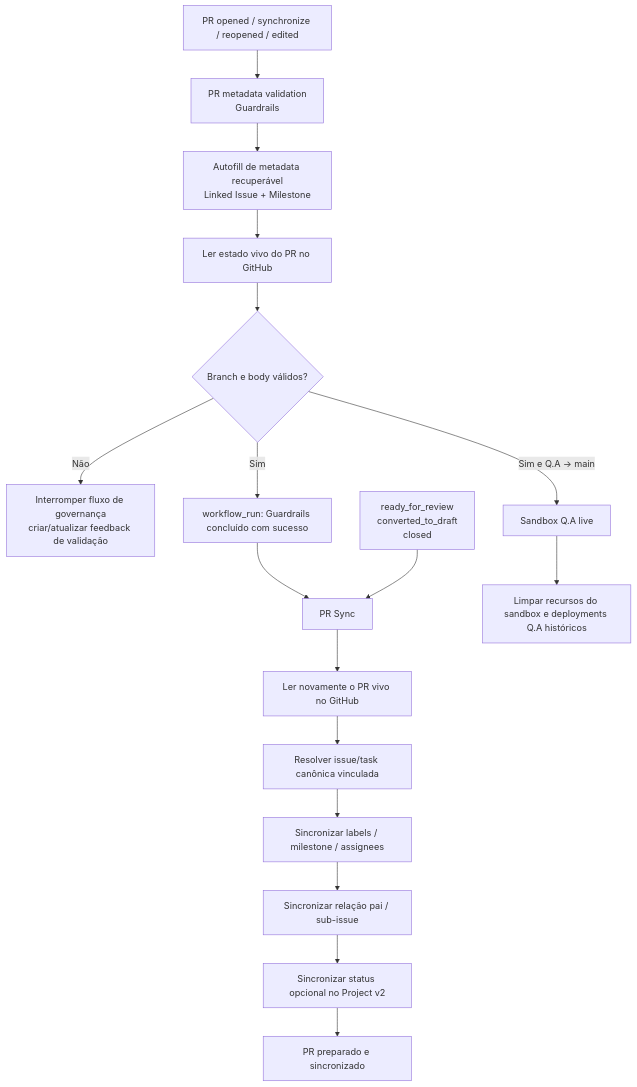
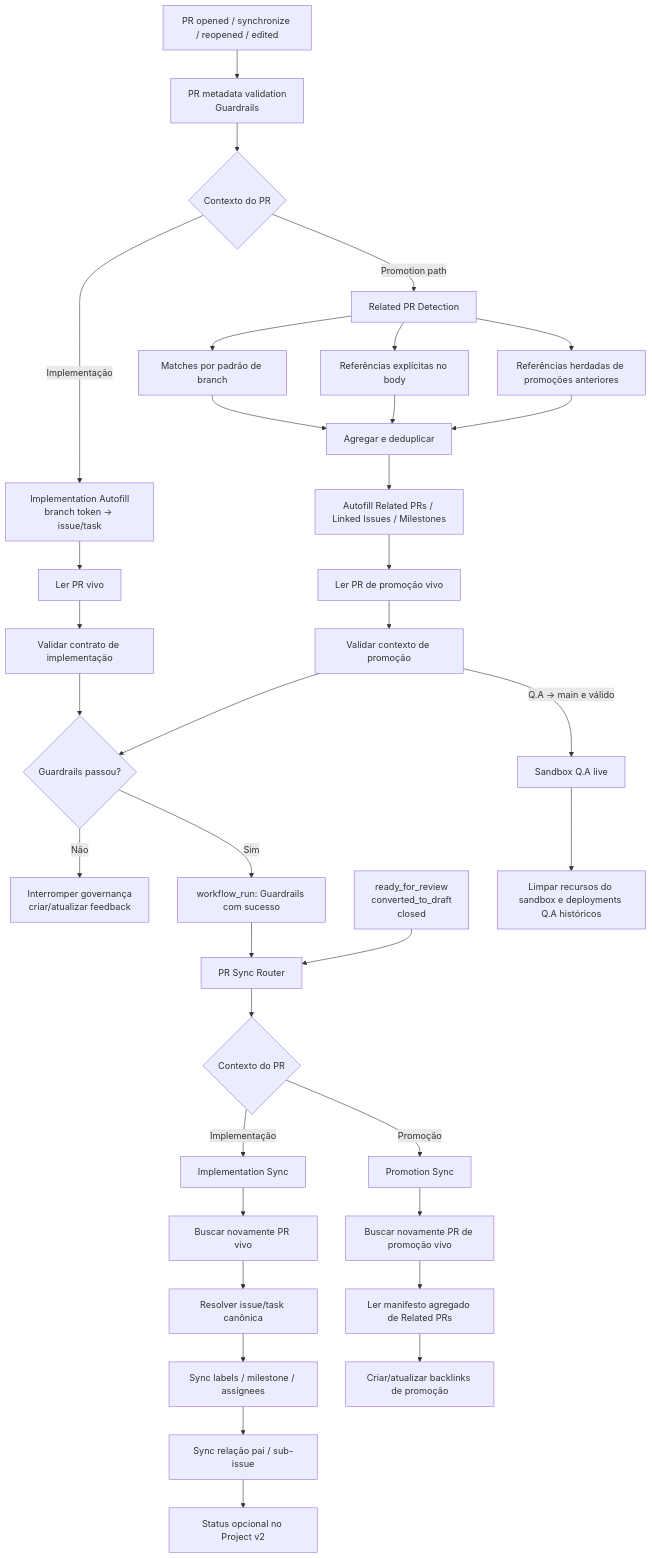
Before and after one commit to v-Kaefer/Github-Project-Automation: the diagram in docs/repo/pr-governance-architecture.pt-BR.md, drawn with Mermaid. The commit also changed other lines of this file, not shown here.

Commit message:
docs: documentar arquitetura de related PRs

````diff
--- a/docs/repo/pr-governance-architecture.pt-BR.md
+++ b/docs/repo/pr-governance-architecture.pt-BR.md
@@ -15,24 +20,46 @@
 ```mermaid
 flowchart TD
     A[PR opened / synchronize / reopened / edited] --> G[PR metadata validation<br/>Guardrails]
 
-    G --> AF[Autofill de metadata recuperável<br/>Linked Issue + Milestone]
-    AF --> LIVE1[Ler estado vivo do PR no GitHub]
-    LIVE1 --> V{Branch e body válidos?}
+    G --> R{Contexto do PR}
 
-    V -- Não --> STOP[Interromper fluxo de governança<br/>criar/atualizar feedback de validação]
-    V -- Sim --> WR[workflow_run: Guardrails concluído com sucesso]
+    R -->|Implementação| IAF[Implementation Autofill<br/>branch token -> issue/task]
+    IAF --> ILIVE[Ler PR vivo]
+    ILIVE --> IV[Validar contrato de implementação]
 
-    WR --> S[PR Sync]
-    S --> LIVE2[Ler novamente o PR vivo no GitHub]
-    LIVE2 --> TASK[Resolver issue/task canônica vinculada]
-    TASK --> META[Sincronizar labels / milestone / assignees]
-    META --> REL[Sincronizar relação pai / sub-issue]
-    REL --> PROJ[Sincronizar status opcional no Project v2]
-    PROJ --> DONE[PR preparado e sincronizado]
+    R -->|Promotion path| PAF[Related PR Detection]
+    PAF --> PB[Matches por padrão de branch]
+    PAF --> PE[Referências explícitas no body]
+    PAF --> PI[Referências herdadas de promoções anteriores]
+    PB --> PM[Agregar e deduplicar]
+    PE --> PM
+    PI --> PM
+    PM --> PWRITE[Autofill Related PRs / Linked Issues / Milestones]
+    PWRITE --> PLIVE[Ler PR de promoção vivo]
+    PLIVE --> PV[Validar contexto de promoção]
+
+    IV --> V{Guardrails passou?}
+    PV --> V
+    V -- Não --> STOP[Interromper governança<br/>criar/atualizar feedback]
+    V -- Sim --> WR[workflow_run: Guardrails com sucesso]
+
+    WR --> S[PR Sync Router]
+    S --> T{Contexto do PR}
+
+    T -->|Implementação| IS[Implementation Sync]
+    IS --> ILIVE2[Buscar novamente PR vivo]
+    ILIVE2 --> TASK[Resolver issue/task canônica]
+    TASK --> META[Sync labels / milestone / assignees]
+    META --> REL[Sync relação pai / sub-issue]
+    REL --> PROJ[Status opcional no Project v2]
+
+    T -->|Promoção| PS[Promotion Sync]
+    PS --> PLIVE2[Buscar novamente PR de promoção vivo]
+    PLIVE2 --> MANIFEST[Ler manifesto agregado de Related PRs]
+    MANIFEST --> BACKLINK[Criar/atualizar backlinks de promoção]
 
     L[ready_for_review<br/>converted_to_draft<br/>closed] --> S
 
-    V -- Sim e Q.A -> main --> QA[Sandbox Q.A live]
+    PV -->|Q.A -> main e válido| QA[Sandbox Q.A live]
     QA --> QAC[Limpar recursos do sandbox e deployments Q.A históricos]
 ```
````
